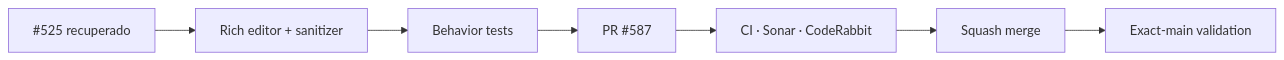
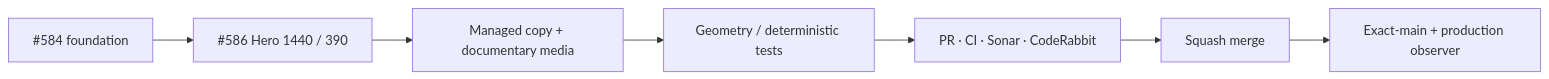
One commit to pl0n3r/brvtal changed the diagram in README.md. Above: the diagram before and after it, drawn with Mermaid. The commit also changed other lines of this file and 7 other files, not shown here.

````diff
--- a/README.md
+++ b/README.md
@@ -48,9 +48,9 @@
 ```mermaid
 flowchart LR
- R["#525 recuperado"] --> E["Rich editor + sanitizer"]
- E --> T["Behavior tests"]
- T --> P["PR #587"]
- P --> C["CI · Sonar · CodeRabbit"]
- C --> M["Squash merge"]
- M --> X["Exact-main validation"]
+ F["#584 foundation"] --> H["#586 Hero 1440 / 390"]
+ H --> D["Managed copy + documentary media"]
+ D --> T["Geometry / deterministic tests"]
+ T --> P["PR · CI · Sonar · CodeRabbit"]
+ P --> M["Squash merge"]
+ M --> X["Exact-main + production observer"]
 ```
````
